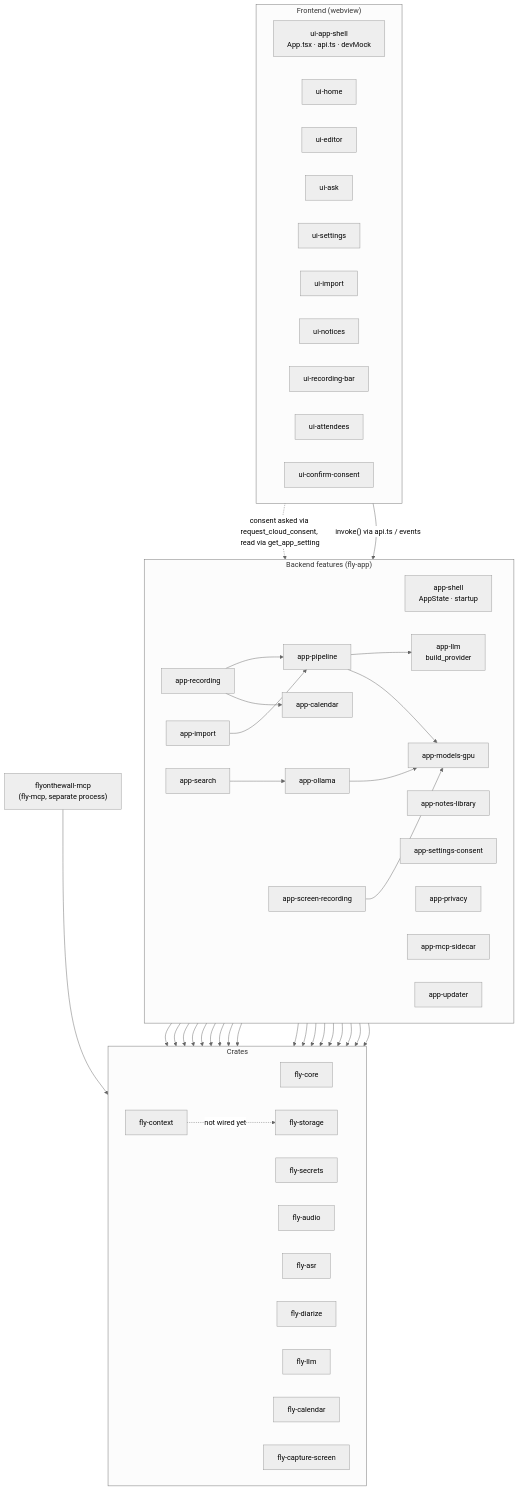
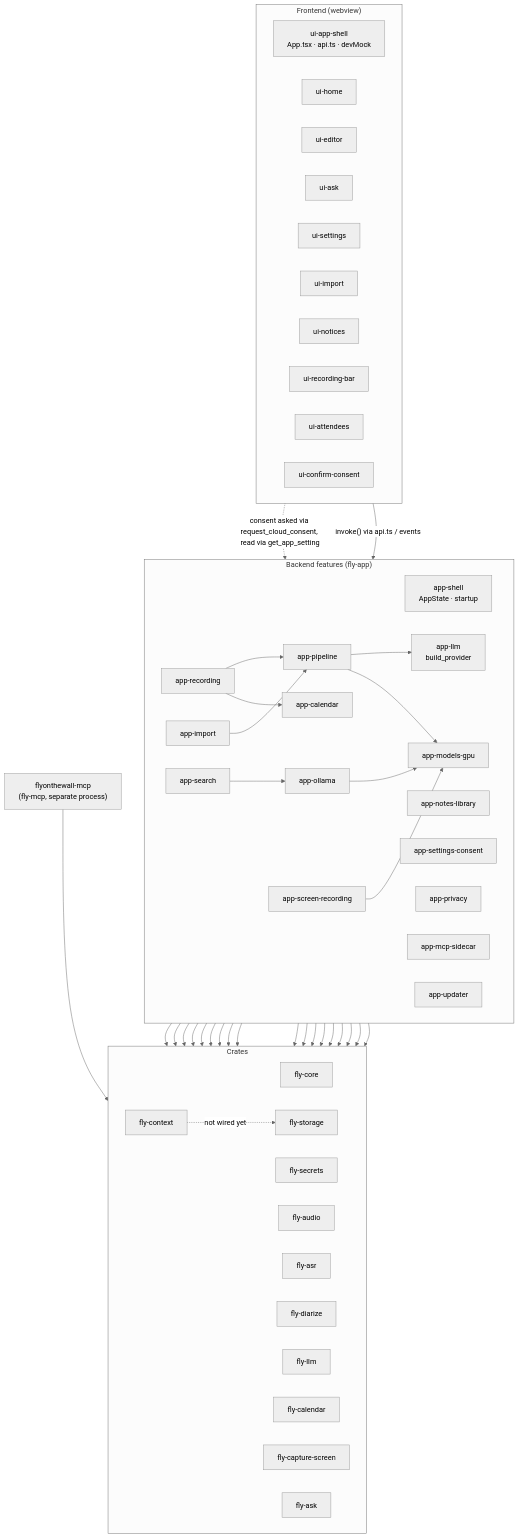
Before and after one commit to swarnavspujari/fly-on-the-wall: the second of 2 diagrams in docs/components/README.md, drawn with Mermaid (neutral theme). The commit also changed other lines of this file and 23 other files, not shown here.

````diff
--- a/docs/components/README.md
+++ b/docs/components/README.md
@@ -115,73 +118,74 @@
 ```mermaid
 flowchart TB
   subgraph FE["Frontend (webview)"]
     direction LR
     uiShell["ui-app-shell<br/>App.tsx · api.ts · devMock"]
     uiHome["ui-home"]
     uiEditor["ui-editor"]
     uiAsk["ui-ask"]
     uiSettings["ui-settings"]
     uiImport["ui-import"]
     uiNotices["ui-notices"]
     uiRec["ui-recording-bar"]
     uiAtt["ui-attendees"]
     uiConfirm["ui-confirm-consent"]
   end
 
   subgraph BE["Backend features (fly-app)"]
     direction LR
     shell["app-shell<br/>AppState · startup"]
     notes["app-notes-library"]
     search["app-search"]
     settings["app-settings-consent"]
     rec["app-recording"]
     pipe["app-pipeline"]
     imp["app-import"]
     llmApp["app-llm<br/>build_provider"]
     calApp["app-calendar"]
     priv["app-privacy"]
     models["app-models-gpu"]
     oll["app-ollama"]
     mcpCfg["app-mcp-sidecar"]
     screen["app-screen-recording"]
     upd["app-updater"]
   end
 
   subgraph CR["Crates"]
     direction LR
     core["fly-core"]
     sto["fly-storage"]
     sec["fly-secrets"]
     audio["fly-audio"]
     asr["fly-asr"]
     diar["fly-diarize"]
     llm["fly-llm"]
     cal["fly-calendar"]
     cap["fly-capture-screen"]
     ctx["fly-context"]
+    askc["fly-ask"]
   end
 
   mcpBin["flyonthewall-mcp<br/>(fly-mcp, separate process)"]
 
   FE -- "invoke() via api.ts / events" --> BE
   uiConfirm -. "consent asked via request_cloud_consent, read via get_app_setting" .-> settings
 
   rec --> audio & pipe
   rec --> calApp
   pipe --> asr & diar & core & sto
   pipe --> llmApp
   imp --> pipe
   llmApp --> llm & sec & sto
   search --> oll
   oll --> models
   pipe --> models
   screen --> cap & models
   calApp --> cal & sec
   priv --> sto & sec
   notes --> sto
   settings --> sto
   shell --> sto & sec & audio
 
   mcpBin --> sto
   ctx -. "not wired yet" .-> sto
 ```
````
